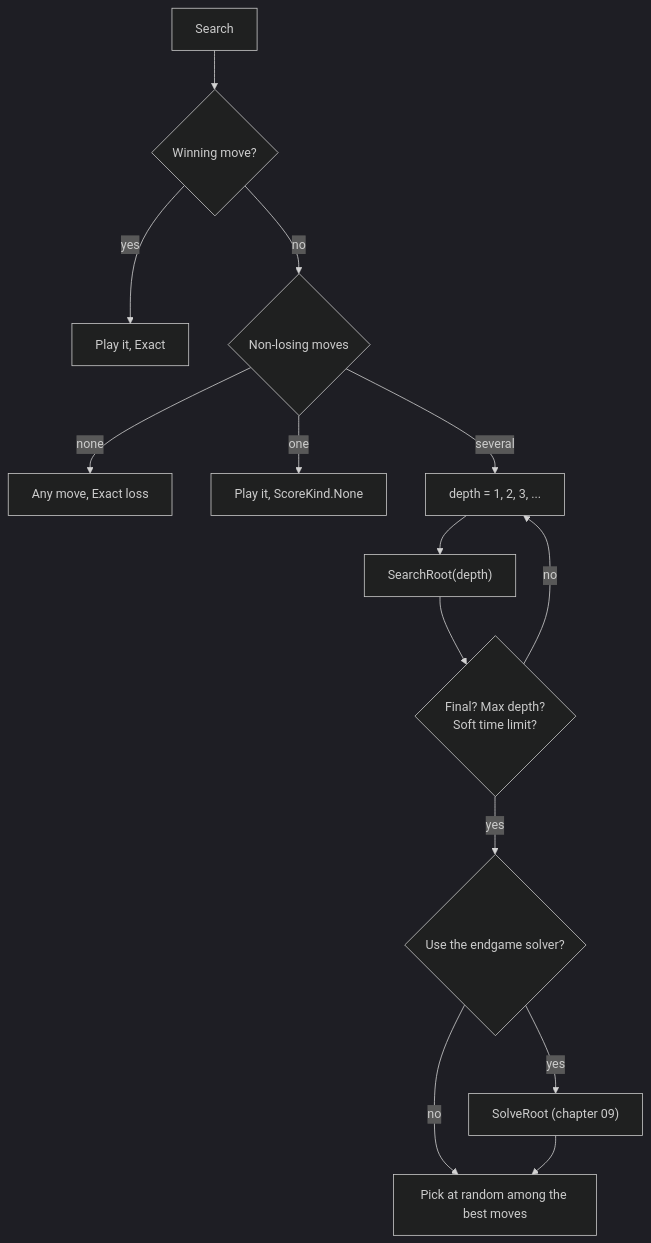
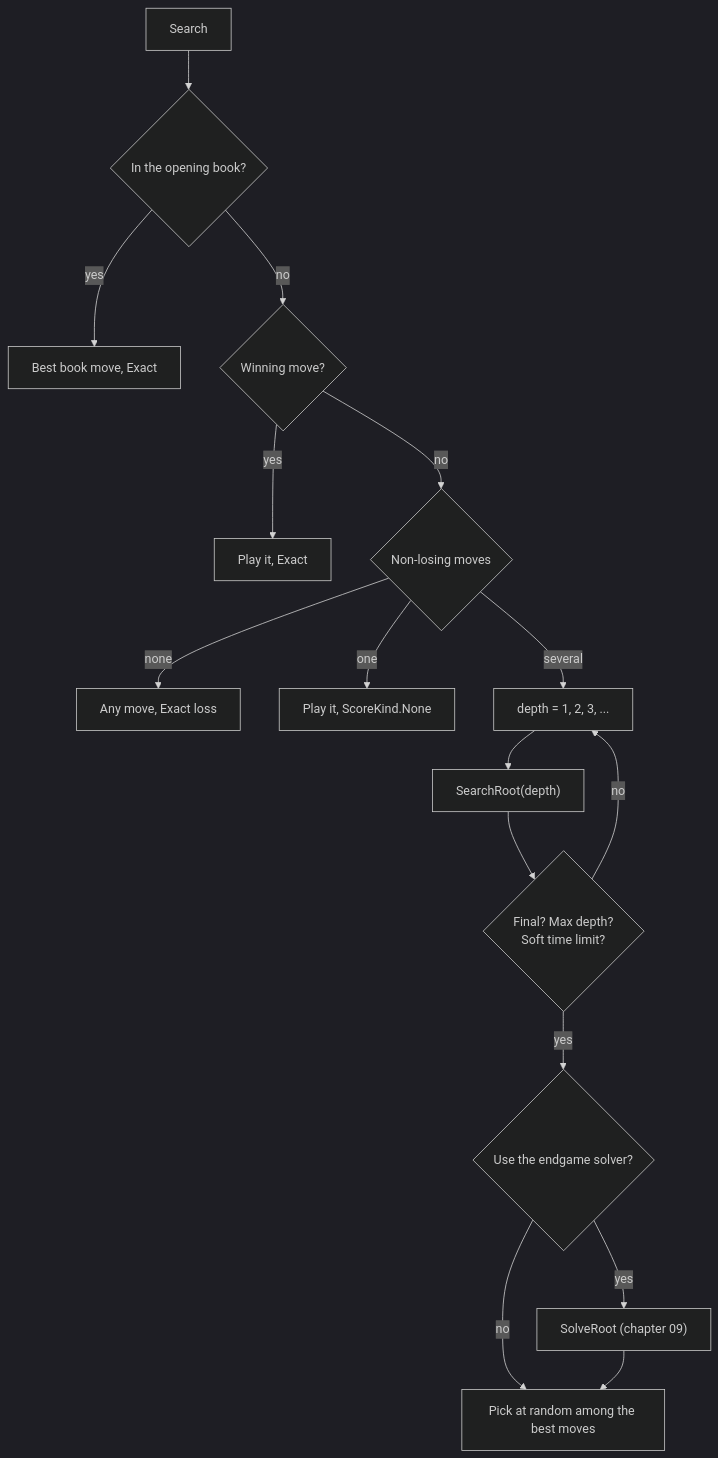
Before and after one commit to cjpkmd/Connect-4: the diagram in docs/brain/07-search.md, drawn with Mermaid (dark theme). The commit also changed other lines of this file and 27 other files, not shown here.

````diff
--- a/docs/brain/07-search.md
+++ b/docs/brain/07-search.md
@@ -28,16 +28,18 @@
 ```mermaid
 flowchart TD
-    S["Search"] --> W{"Winning move?"}
+    S["Search"] --> B{"In the opening book?"}
+    B -- "yes" --> RB["Best book move, Exact"]
+    B -- "no" --> W{"Winning move?"}
     W -- "yes" --> RW["Play it, Exact"]
     W -- "no" --> N{"Non-losing moves"}
     N -- "none" --> RL["Any move, Exact loss"]
     N -- "one" --> RF["Play it, ScoreKind.None"]
     N -- "several" --> ID["depth = 1, 2, 3, ..."]
     ID --> R["SearchRoot(depth)"]
     R --> F{"Final? Max depth?<br/>Soft time limit?"}
     F -- "no" --> ID
     F -- "yes" --> E{"Use the endgame solver?"}
     E -- "yes" --> Sol["SolveRoot (chapter 09)"]
     E -- "no" --> Pick
     Sol --> Pick["Pick at random among the best moves"]
 ```
````
